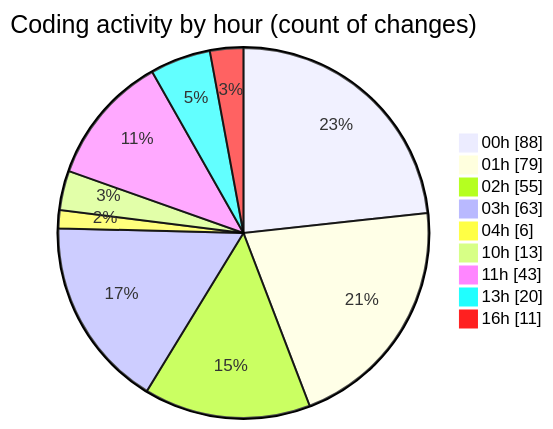
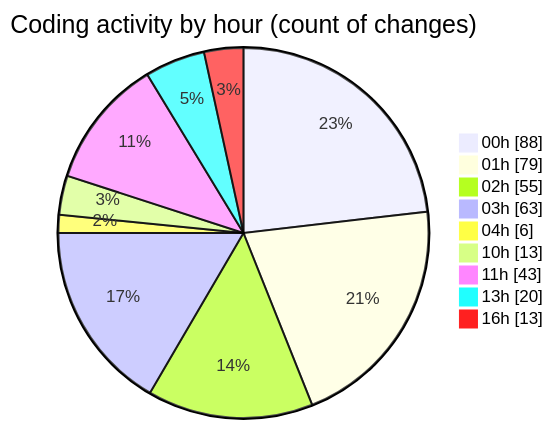
Before and after one commit to lephambinh05/code-tracking: the second of 2 diagrams in 2025-08-16/rentotp/README.md, drawn with Mermaid. The commit also changed other lines of this file and 1 other file, not shown here.

````diff
--- a/2025-08-16/rentotp/README.md
+++ b/2025-08-16/rentotp/README.md
@@ -91,13 +92,13 @@
 ```mermaid
 pie showData
 title Coding activity by hour (count of changes)
 "00h" : 88
 "01h" : 79
 "02h" : 55
 "03h" : 63
 "04h" : 6
 "10h" : 13
 "11h" : 43
 "13h" : 20
-"16h" : 11
+"16h" : 13
 ```
````
